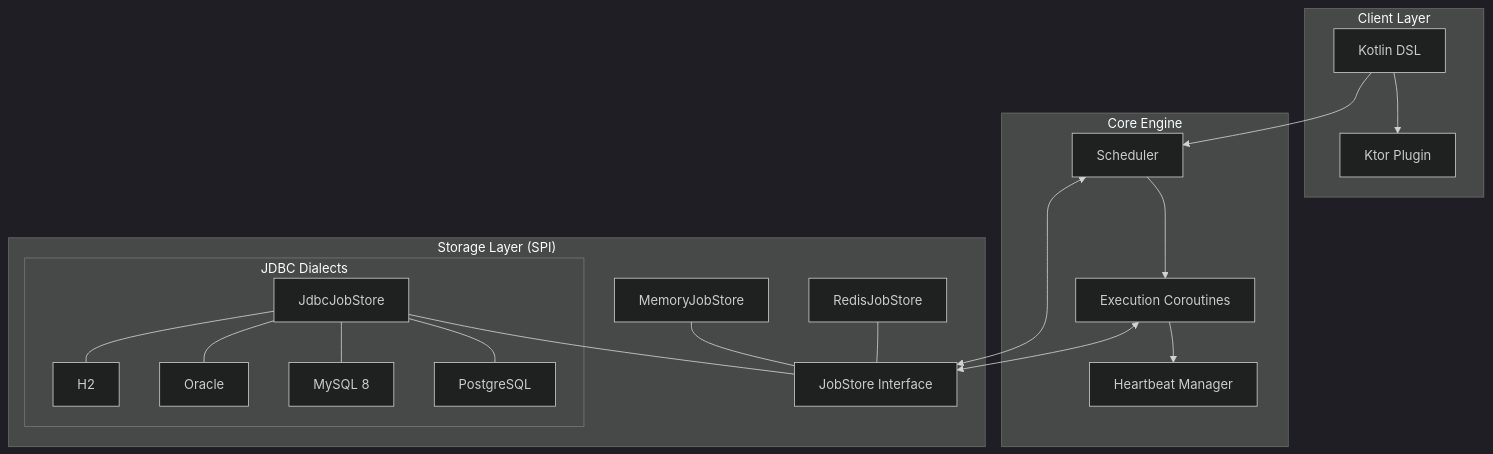
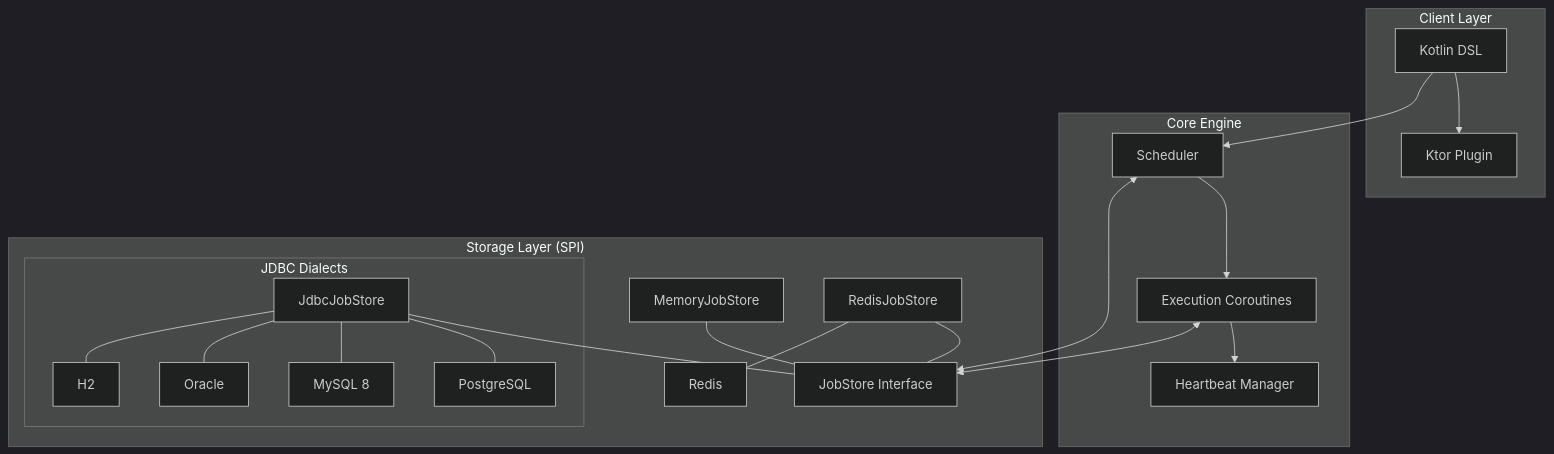
One commit to juniormichieletto/khrona changed the diagram in README.md. Above: the diagram before and after it, drawn with Mermaid (dark theme). The commit also changed 1 other file, not shown here.

Commit message:
docs: add Redis database node to architectural diagrams

````diff
--- a/README.md
+++ b/README.md
@@ -27,29 +27,31 @@
 ```mermaid
 graph TD
     subgraph "Client Layer"
         DSL[Kotlin DSL] --> Ktor[Ktor Plugin]
     end
 
     subgraph "Core Engine"
         Sch[Scheduler] --> Workers[Execution Coroutines]
         Workers --> Heartbeat[Heartbeat Manager]
     end
 
     subgraph "Storage Layer (SPI)"
         Store[JobStore Interface]
         Memory[MemoryJobStore] --- Store
         JDBC[JdbcJobStore] --- Store
         Redis[RedisJobStore] --- Store
         
         subgraph "JDBC Dialects"
             JDBC --- Postgres[PostgreSQL]
             JDBC --- MySql[MySQL 8]
             JDBC --- Oracle[Oracle]
             JDBC --- H2[H2]
         end
+
+        Redis --- RedisDB[Redis]
     end
 
     DSL --> Sch
     Sch <--> Store
     Workers <--> Store
 ```
````
